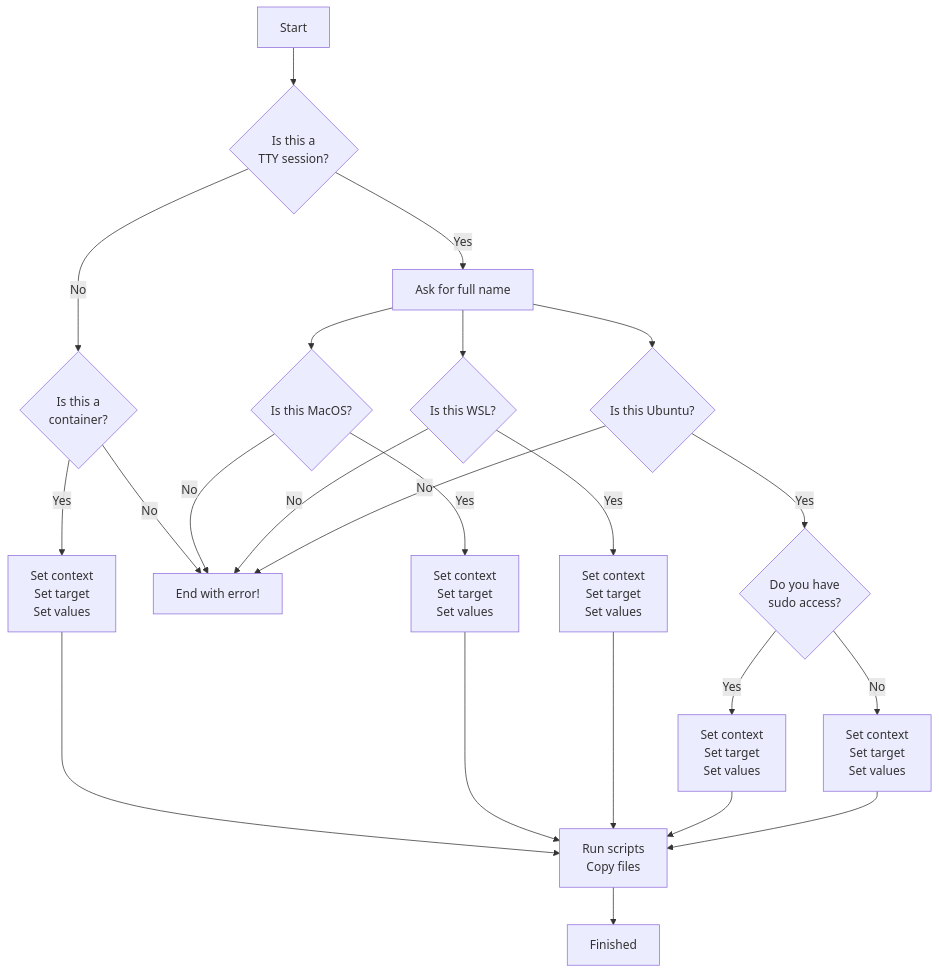
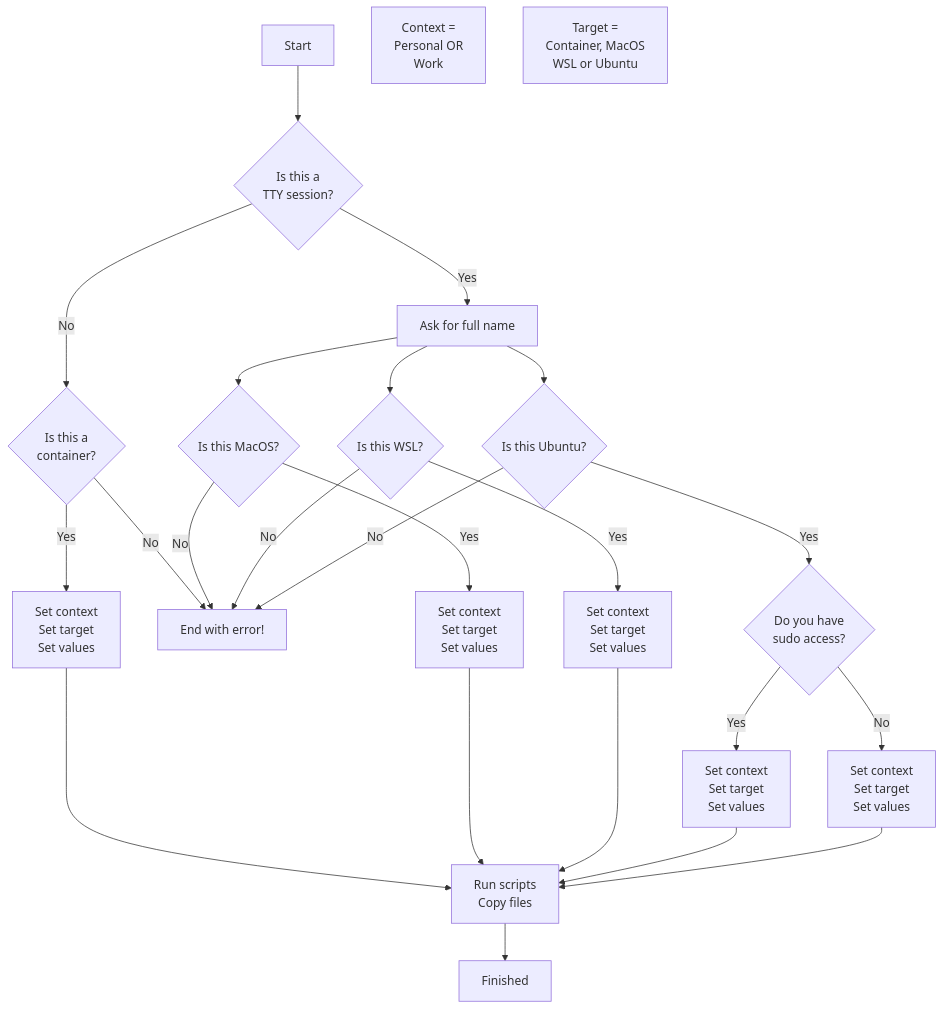
Before and after one commit to arrrgi/dotfiles: the diagram in README.md, drawn with Mermaid. The commit also changed other lines of this file, not shown here.

````diff
--- a/README.md
+++ b/README.md
@@ -25,25 +26,27 @@
 ```mermaid
 flowchart TD
 Start[Start] --> TTYCheck{Is this a<br>TTY session?};
 TTYCheck --> |No| ContainerCheck{Is this a<br>container?};
 TTYCheck --> |Yes| AskName[Ask for full name];
 ContainerCheck --> |Yes| LoadContainerConfig[Set context<br>Set target<br>Set values];
 LoadContainerConfig --> ExecScripts;
 ExecScripts --> Exit[Finished];
 ContainerCheck --> |No| Error[End with error!];
 AskName --> MacOSCheck{Is this MacOS?};
 AskName --> WSLCheck{Is this WSL?};
 AskName --> UbuntuCheck{Is this Ubuntu?};
 MacOSCheck --> |Yes| LoadMacOSConfig[Set context<br>Set target<br>Set values];
 LoadMacOSConfig --> ExecScripts[Run scripts<br>Copy files];
 WSLCheck --> |Yes| LoadWSLConfig[Set context<br>Set target<br>Set values];
 LoadWSLConfig --> ExecScripts;
 UbuntuCheck --> |Yes| SudoCheck{Do you have<br>sudo access?};
 SudoCheck --> |Yes| LoadRootConfig[Set context<br>Set target<br>Set values];
 SudoCheck --> |No| LoadRootlessConfig[Set context<br>Set target<br>Set values];
 LoadRootConfig --> ExecScripts;
 LoadRootlessConfig --> ExecScripts;
 MacOSCheck --> |No| Error;
 WSLCheck --> |No| Error;
 UbuntuCheck --> |No| Error;
+Context[Context =<br>Personal OR<br>Work];
+Target[Target =<br>Container, MacOS<br>WSL or Ubuntu];
 ```
````
